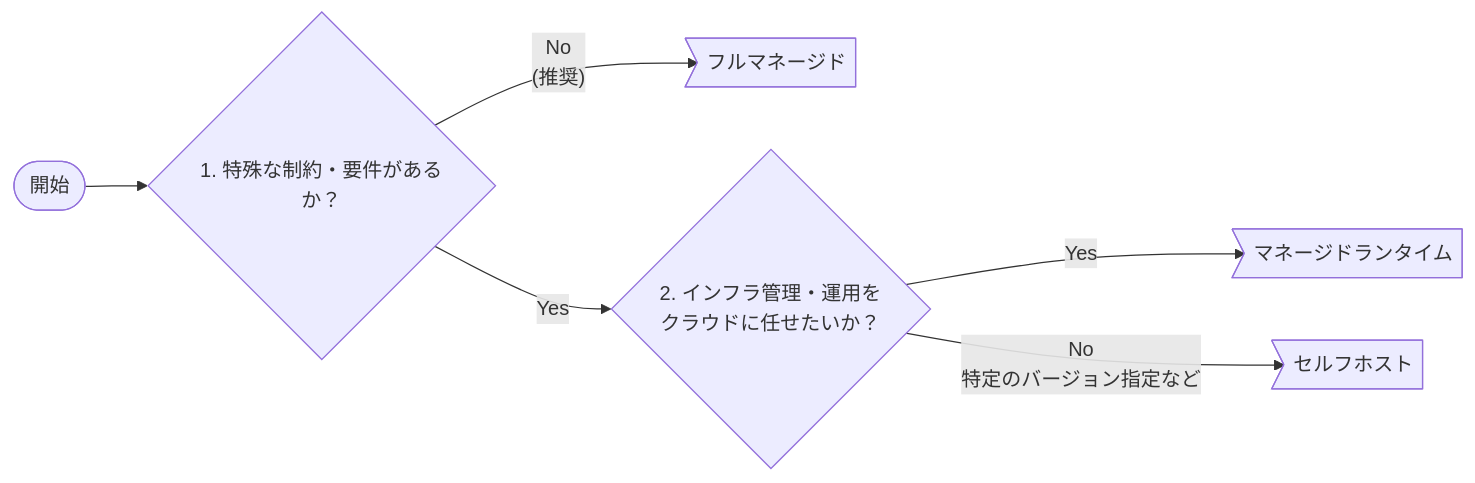
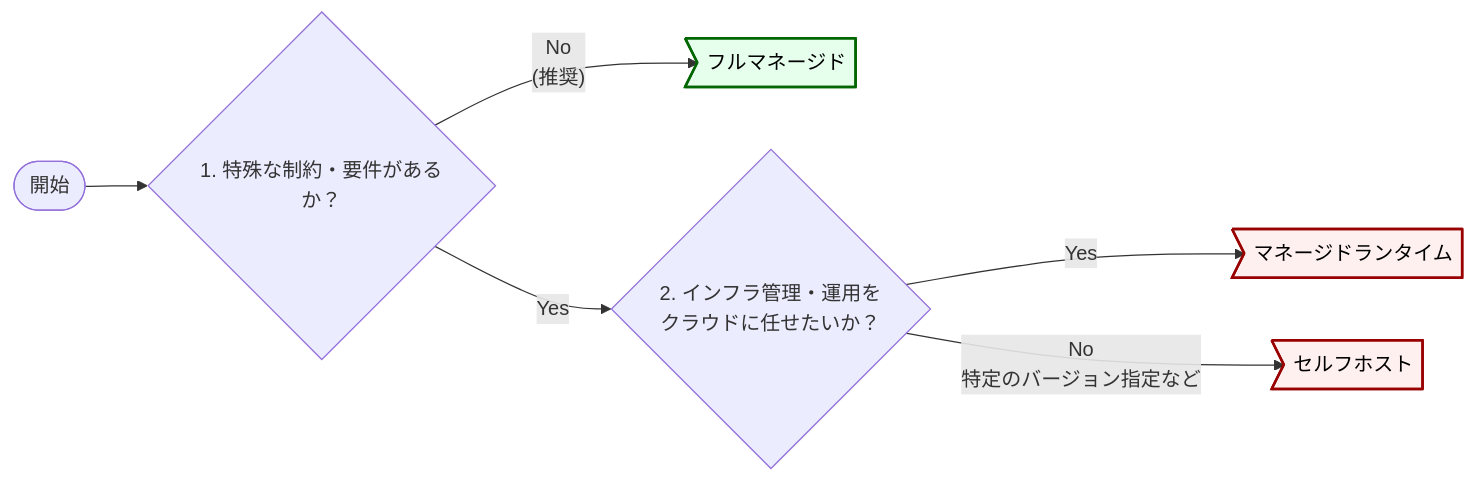
One commit to future-architect/arch-guidelines changed the fourth of 13 diagrams in documents/forAsync/async_guidelines.md. Above: the diagram before and after it, drawn with Mermaid. The commit also changed other lines of this file, not shown here.

````diff
--- a/documents/forAsync/async_guidelines.md
+++ b/documents/forAsync/async_guidelines.md
@@ -234,9 +243,13 @@
 ```mermaid
 flowchart LR
     Start([開始]) --> Q1{1. 特殊な制約・要件があるか？}
 
     Q1 -- No<br>(推奨) --> FullyManaged>フルマネージド]
     Q1 -- Yes --> Q2{2. インフラ管理・運用を<br>クラウドに任せたいか？}
     Q2 -- Yes --> ManagedRuntime>マネージドランタイム]
     Q2 -- No<br>特定のバージョン指定など --> SelfHosted>セルフホスト]
+
+    style FullyManaged fill:#e6ffed,stroke:#006600,stroke-width:2px,color:#000000
+    style ManagedRuntime fill:#fff0f0,stroke:#990000,stroke-width:2px,color:#000000
+    style SelfHosted fill:#fff0f0,stroke:#990000,stroke-width:2px,color:#000000
 ```
````
